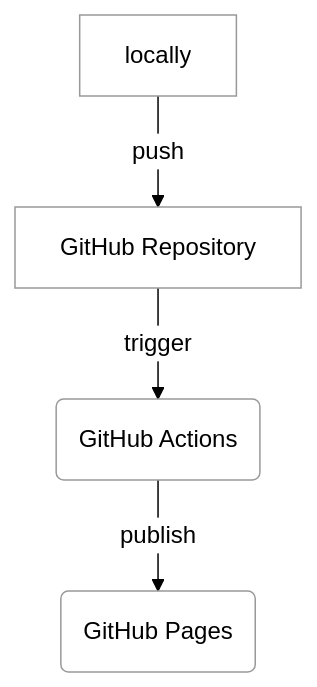
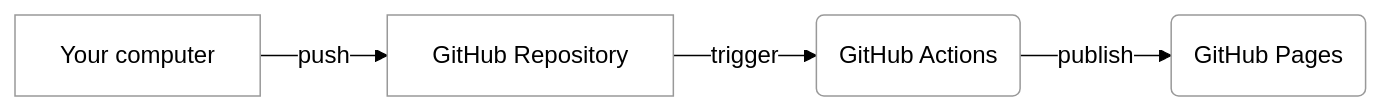
The third of 3 diagrams in instruction/github-pages/github-pages.md (webprogramming260/webprogramming), drawn with Mermaid before and after one commit. The commit also changed other lines of this file, not shown here.

Commit message:
Lee Jensen - update(GitHub Pages)

````diff
--- a/instruction/github-pages/github-pages.md
+++ b/instruction/github-pages/github-pages.md
@@ -113,7 +123,7 @@
 ```mermaid
 %%{init: { 'theme': 'neutral', 'themeVariables': { 'mainBkg': '#ffffff', 'lineColor': '#000000', 'primaryTextColor': '#000000', 'actorBorder': '#000000', 'participantBorder': '#000000', 'noteBorderColor': '#000000' } }}%%
-graph TD
-    L[locally] --> |push| A[GitHub Repository]
+graph LR
+    L[Your computer] --> |push| A[GitHub Repository]
     A -->|trigger| B(GitHub Actions)
     B --> |publish| C(GitHub Pages)
 ```
````
